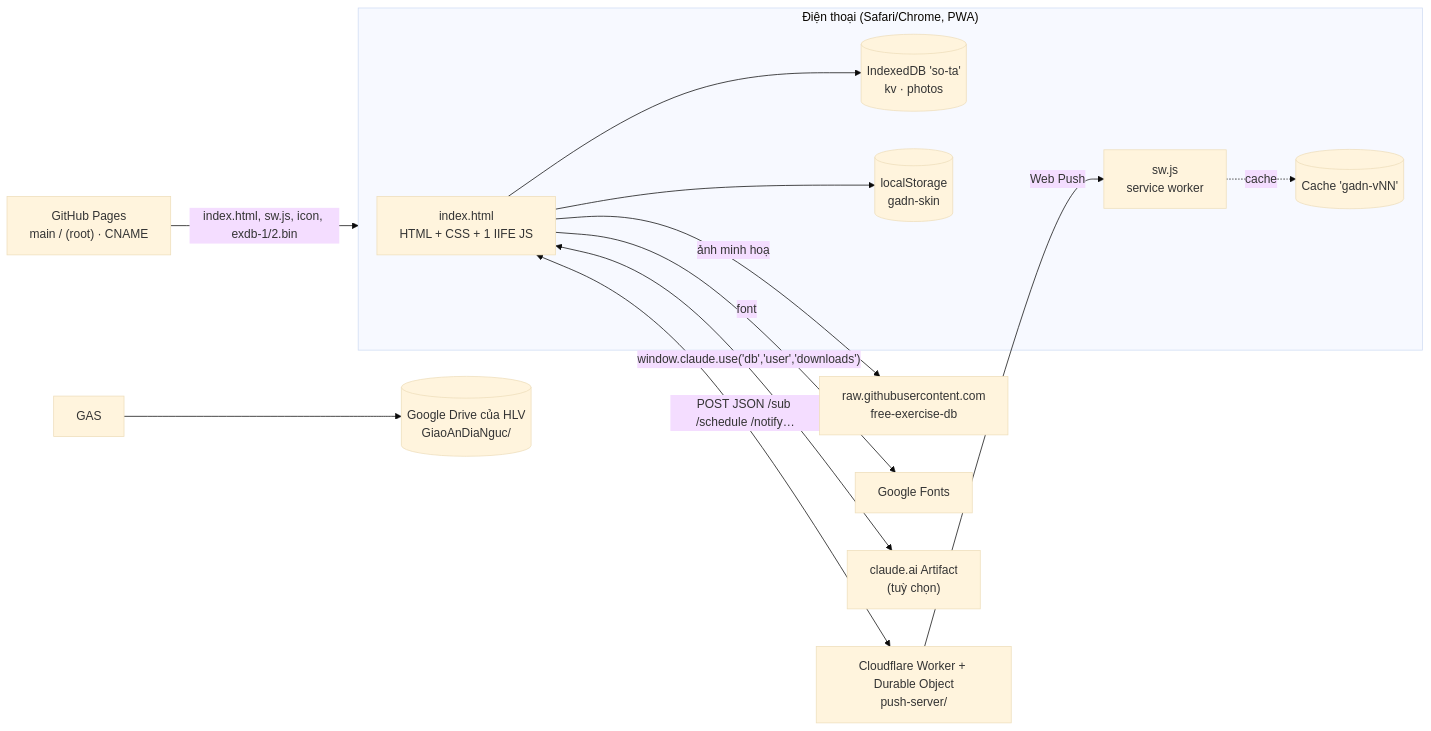
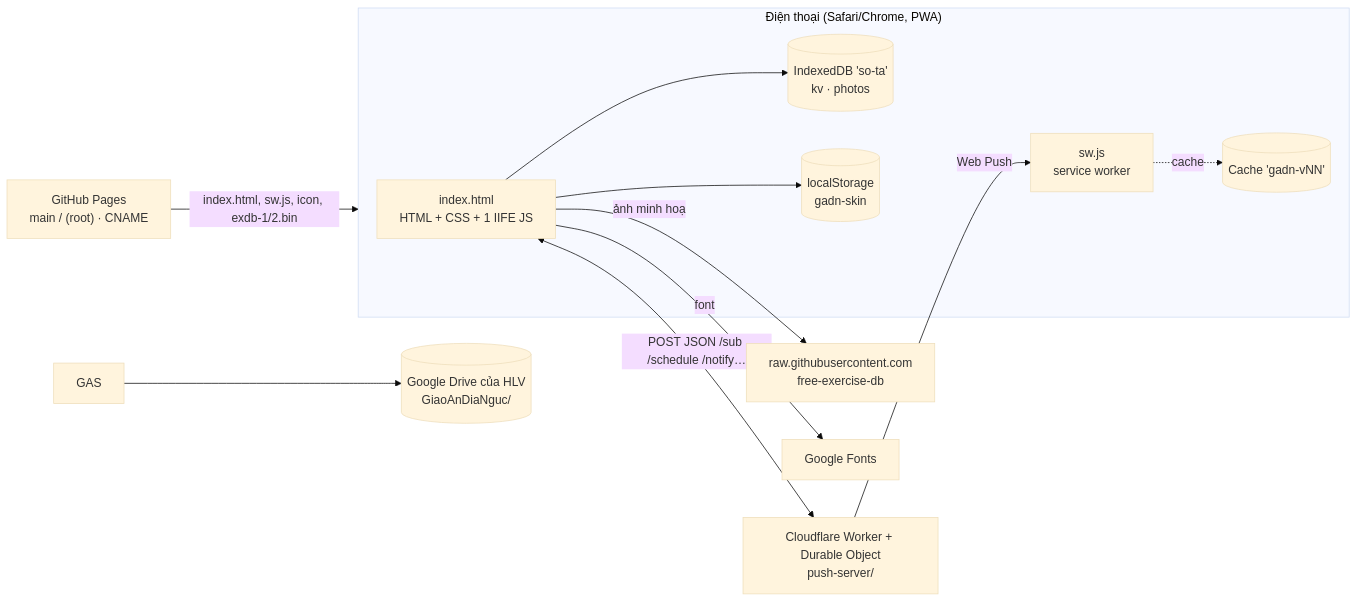
Before and after one commit to hoangtourguide0507-create/giao-an-dia-nguc: the diagram in docs/SA.md, drawn with Mermaid (base theme). The commit also changed other lines of this file and 7 other files, not shown here.

````diff
--- a/docs/SA.md
+++ b/docs/SA.md
@@ -8,15 +8,14 @@
 ```mermaid
 flowchart LR
   subgraph Phone["Điện thoại (Safari/Chrome, PWA)"]
     UI["index.html<br/>HTML + CSS + 1 IIFE JS"] --> IDB[("IndexedDB 'so-ta'<br/>kv · photos")]
     UI --> LS[("localStorage<br/>gadn-skin")]
     SW["sw.js<br/>service worker"] -.cache.-> CacheAPI[("Cache 'gadn-vNN'")]
   end
   GH["GitHub Pages<br/>main / (root) · CNAME"] -->|index.html, sw.js, icon, exdb-1/2.bin| Phone
   UI -->|ảnh minh hoạ| RAW["raw.githubusercontent.com<br/>free-exercise-db"]
   UI -->|font| GF["Google Fonts"]
   GAS --> DRV[("Google Drive của HLV<br/>GiaoAnDiaNguc/")]
   UI <-->|"POST JSON /sub /schedule /notify…"| PUSH["Cloudflare Worker + Durable Object<br/>push-server/"]
   PUSH -->|Web Push| SW
-  UI <-->|"window.claude.use('db','user','downloads')"| CL["claude.ai Artifact<br/>(tuỳ chọn)"]
 ```
````
